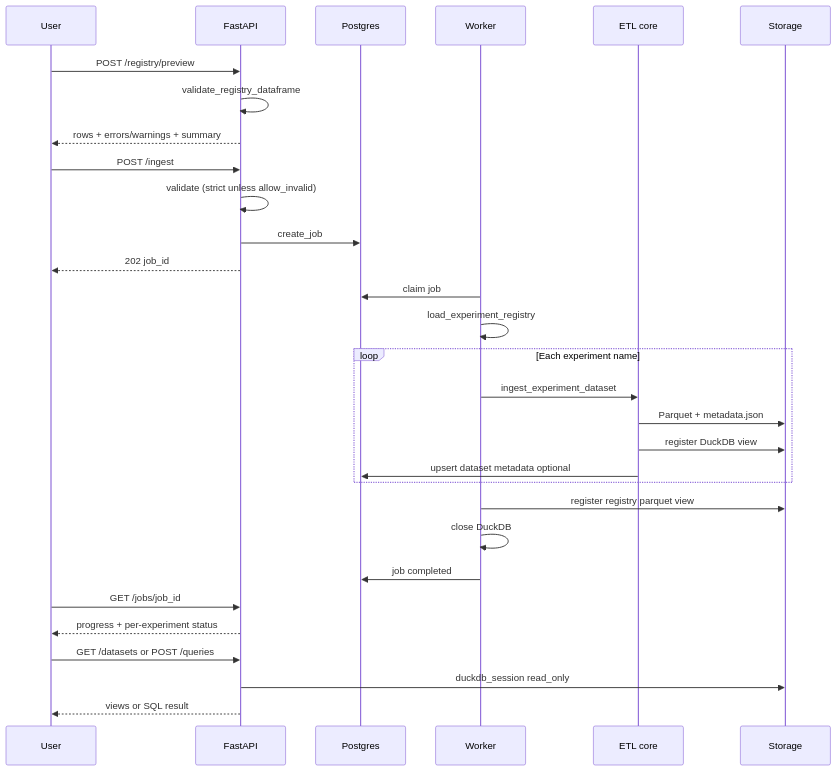
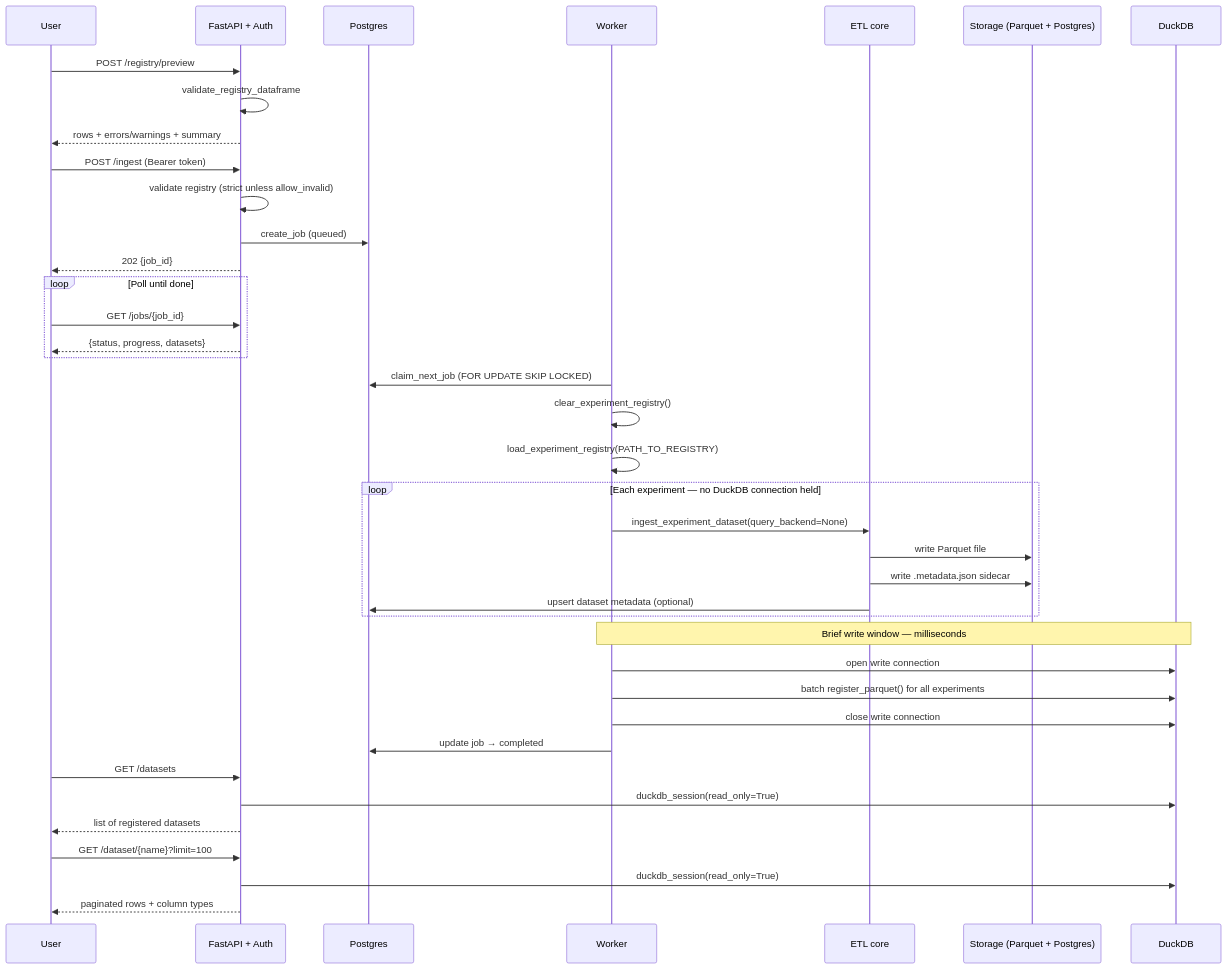
Before and after one commit to lucaAyt/mfethuls: the third of 8 diagrams in docs/architecture.md, drawn with Mermaid. The commit also changed other lines of this file and 25 other files, not shown here.

````diff
--- a/docs/architecture.md
+++ b/docs/architecture.md
@@ -87,37 +105,50 @@
 ```mermaid
 sequenceDiagram
   participant User
-  participant API as FastAPI
+  participant API as FastAPI + Auth
   participant PG as Postgres
   participant Worker
   participant ETL as ETL core
-  participant Store as Storage
+  participant Store as Storage (Parquet + Postgres)
+  participant DDB as DuckDB
 
   User->>API: POST /registry/preview
   API->>API: validate_registry_dataframe
   API-->>User: rows + errors/warnings + summary
 
-  User->>API: POST /ingest
-  API->>API: validate (strict unless allow_invalid)
-  API->>PG: create_job
-  API-->>User: 202 job_id
+  User->>API: POST /ingest (Bearer token)
+  API->>API: validate registry (strict unless allow_invalid)
+  API->>PG: create_job (queued)
+  API-->>User: 202 {job_id}
 
-  Worker->>PG: claim job
-  Worker->>Worker: load_experiment_registry
-  loop Each experiment name
-    Worker->>ETL: ingest_experiment_dataset
-    ETL->>Store: Parquet + metadata.json
-    ETL->>Store: register DuckDB view
-    ETL->>PG: upsert dataset metadata optional
+  loop Poll until done
+    User->>API: GET /jobs/{job_id}
+    API-->>User: {status, progress, datasets}
   end
-  Worker->>Store: register registry parquet view
-  Worker->>Worker: close DuckDB
-  Worker->>PG: job completed
 
-  User->>API: GET /jobs/job_id
-  API-->>User: progress + per-experiment status
+  Worker->>PG: claim_next_job (FOR UPDATE SKIP LOCKED)
+  Worker->>Worker: clear_experiment_registry()
+  Worker->>Worker: load_experiment_registry(PATH_TO_REGISTRY)
 
-  User->>API: GET /datasets or POST /queries
-  API->>Store: duckdb_session read_only
-  API-->>User: views or SQL result
+  loop Each experiment — no DuckDB connection held
+    Worker->>ETL: ingest_experiment_dataset(query_backend=None)
+    ETL->>Store: write Parquet file
+    ETL->>Store: write .metadata.json sidecar
+    ETL->>PG: upsert dataset metadata (optional)
+  end
+
+  Note over Worker,DDB: Brief write window — milliseconds
+  Worker->>DDB: open write connection
+  Worker->>DDB: batch register_parquet() for all experiments
+  Worker->>DDB: close write connection
+
+  Worker->>PG: update job → completed
+
+  User->>API: GET /datasets
+  API->>DDB: duckdb_session(read_only=True)
+  API-->>User: list of registered datasets
+
+  User->>API: GET /dataset/{name}?limit=100
+  API->>DDB: duckdb_session(read_only=True)
+  API-->>User: paginated rows + column types
 ```
````
